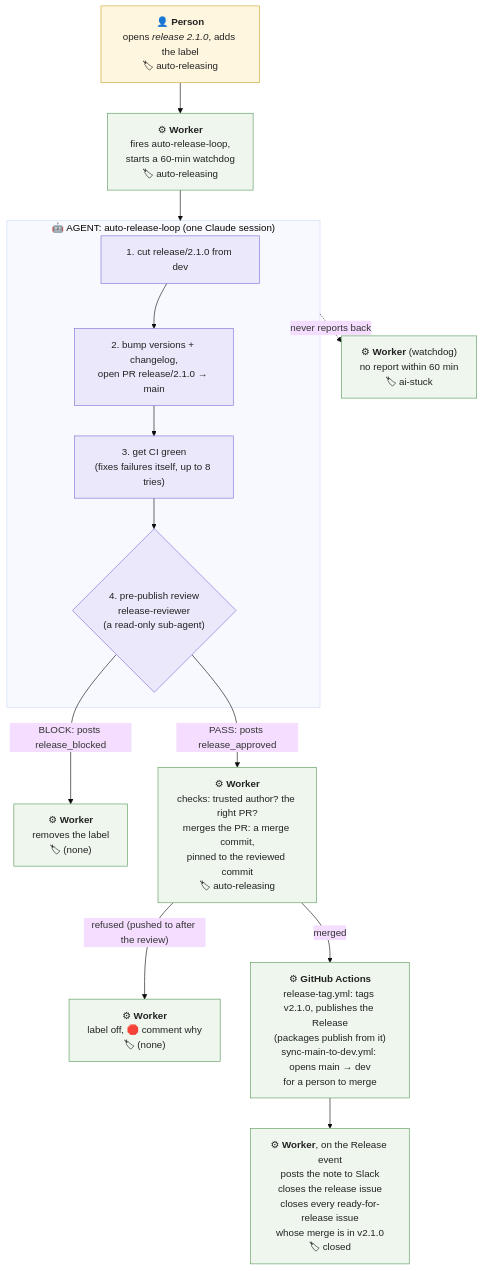
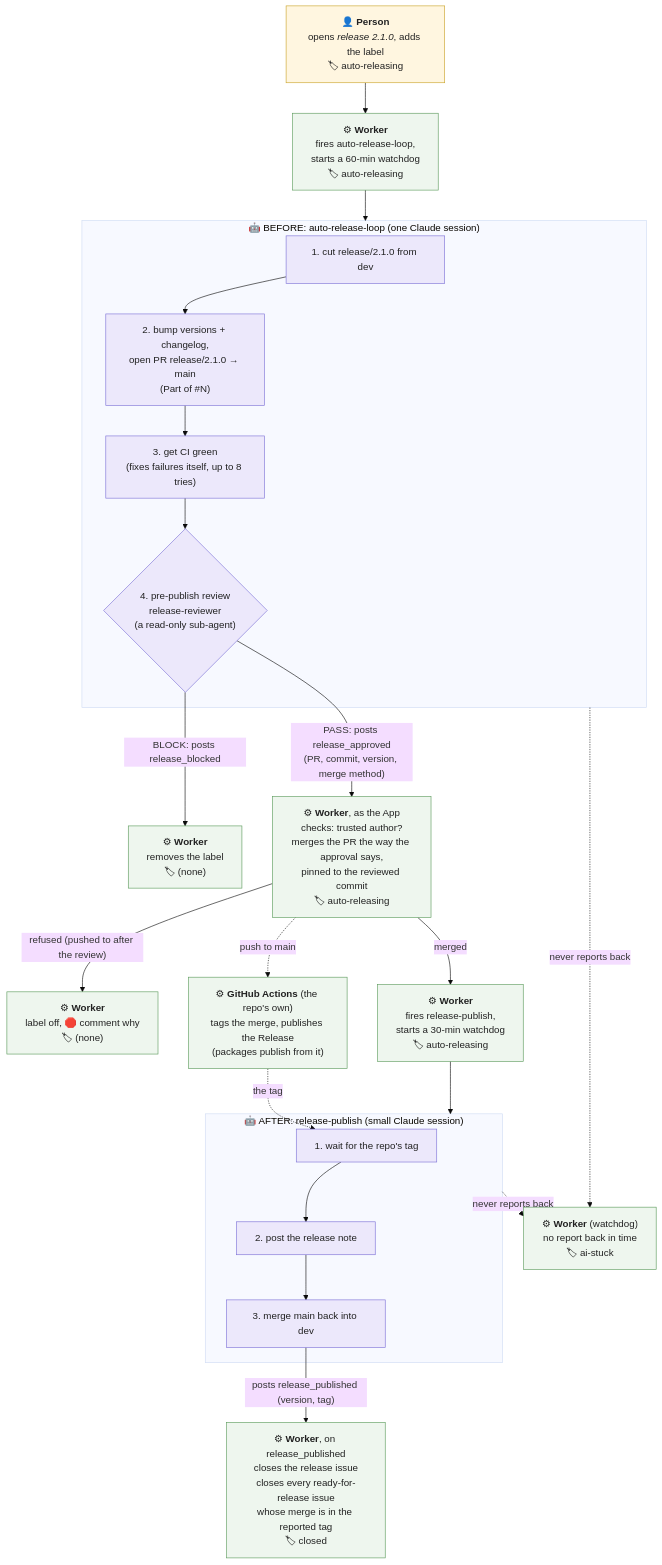
One commit to hifi-phil/umbraco-mcp-ops changed the second of 3 diagrams in docs/agent-orchestration/15-agent-splits.md. Above: the diagram before and after it, drawn with Mermaid (base theme). The commit also changed other lines of this file and 33 other files, not shown here.

First line of the commit message:
feat(release split): before, merge, after

````diff
--- a/docs/agent-orchestration/15-agent-splits.md
+++ b/docs/agent-orchestration/15-agent-splits.md
@@ -259,34 +256,46 @@
 ```mermaid
 flowchart TD
     P["👤 <b>Person</b><br/>opens <i>release 2.1.0</i>, adds the label<br/>🏷 auto-releasing"]
     W1["⚙ <b>Worker</b><br/>fires auto-release-loop,<br/>starts a 60-min watchdog<br/>🏷 auto-releasing"]
 
-    subgraph AGENT["🤖 AGENT: auto-release-loop (one Claude session)"]
+    subgraph BEFORE["🤖 BEFORE: auto-release-loop (one Claude session)"]
         A1["1. cut release/2.1.0 from dev"]
-        A2["2. bump versions + changelog,<br/>open PR release/2.1.0 → main"]
+        A2["2. bump versions + changelog,<br/>open PR release/2.1.0 → main<br/>(Part of #N)"]
         A3["3. get CI green<br/>(fixes failures itself, up to 8 tries)"]
         A4{"4. pre-publish review<br/>release-reviewer<br/>(a read-only sub-agent)"}
         A1 --> A2 --> A3 --> A4
     end
 
-    WS["⚙ <b>Worker</b> (watchdog)<br/>no report within 60 min<br/>🏷 ai-stuck"]
+    WS["⚙ <b>Worker</b> (watchdog)<br/>no report back in time<br/>🏷 ai-stuck"]
     WB["⚙ <b>Worker</b><br/>removes the label<br/>🏷 (none)"]
-    W2["⚙ <b>Worker</b><br/>checks: trusted author? the right PR?<br/>merges the PR: a merge commit,<br/>pinned to the reviewed commit<br/>🏷 auto-releasing"]
+    W2["⚙ <b>Worker</b>, as the App<br/>checks: trusted author?<br/>merges the PR the way the approval says,<br/>pinned to the reviewed commit<br/>🏷 auto-releasing"]
     WR["⚙ <b>Worker</b><br/>label off, 🛑 comment why<br/>🏷 (none)"]
-    G["⚙ <b>GitHub Actions</b><br/>release-tag.yml: tags v2.1.0, publishes the Release<br/>(packages publish from it)<br/>sync-main-to-dev.yml: opens main → dev<br/>for a person to merge"]
-    W3["⚙ <b>Worker</b>, on the Release event<br/>posts the note to Slack<br/>closes the release issue<br/>closes every ready-for-release issue<br/>whose merge is in v2.1.0<br/>🏷 closed"]
+    W3["⚙ <b>Worker</b><br/>fires release-publish,<br/>starts a 30-min watchdog<br/>🏷 auto-releasing"]
+    G["⚙ <b>GitHub Actions</b> (the repo's own)<br/>tags the merge, publishes the Release<br/>(packages publish from it)"]
 
-    P --> W1 --> AGENT
+    subgraph AFTER["🤖 AFTER: release-publish (small Claude session)"]
+        B1["1. wait for the repo's tag"]
+        B2["2. post the release note"]
+        B3["3. merge main back into dev"]
+        B1 --> B2 --> B3
+    end
+
+    W4["⚙ <b>Worker</b>, on release_published<br/>closes the release issue<br/>closes every ready-for-release issue<br/>whose merge is in the reported tag<br/>🏷 closed"]
+
+    P --> W1 --> BEFORE
     A4 -- "BLOCK: posts release_blocked" --> WB
-    A4 -- "PASS: posts release_approved" --> W2
-    AGENT -. "never reports back" .-> WS
+    A4 -- "PASS: posts release_approved<br/>(PR, commit, version, merge method)" --> W2
+    BEFORE -. "never reports back" .-> WS
     W2 -- "refused (pushed to after the review)" --> WR
-    W2 -- merged --> G --> W3
+    W2 -- merged --> W3 --> AFTER
+    W2 -. "push to main" .-> G -. "the tag" .-> B1
+    B3 -- "posts release_published (version, tag)" --> W4
+    AFTER -. "never reports back" .-> WS
 
     classDef agent fill:#ece8fb,stroke:#7b6fd6,color:#222
     classDef det fill:#eef6ee,stroke:#5a9a5a,color:#222
     classDef person fill:#fff6e0,stroke:#c9a227,color:#222
-    class A1,A2,A3,A4 agent
-    class W1,WS,WB,W2,WR,G,W3 det
+    class A1,A2,A3,A4,B1,B2,B3 agent
+    class W1,WS,WB,W2,WR,W3,G,W4 det
     class P person
 ```
````
